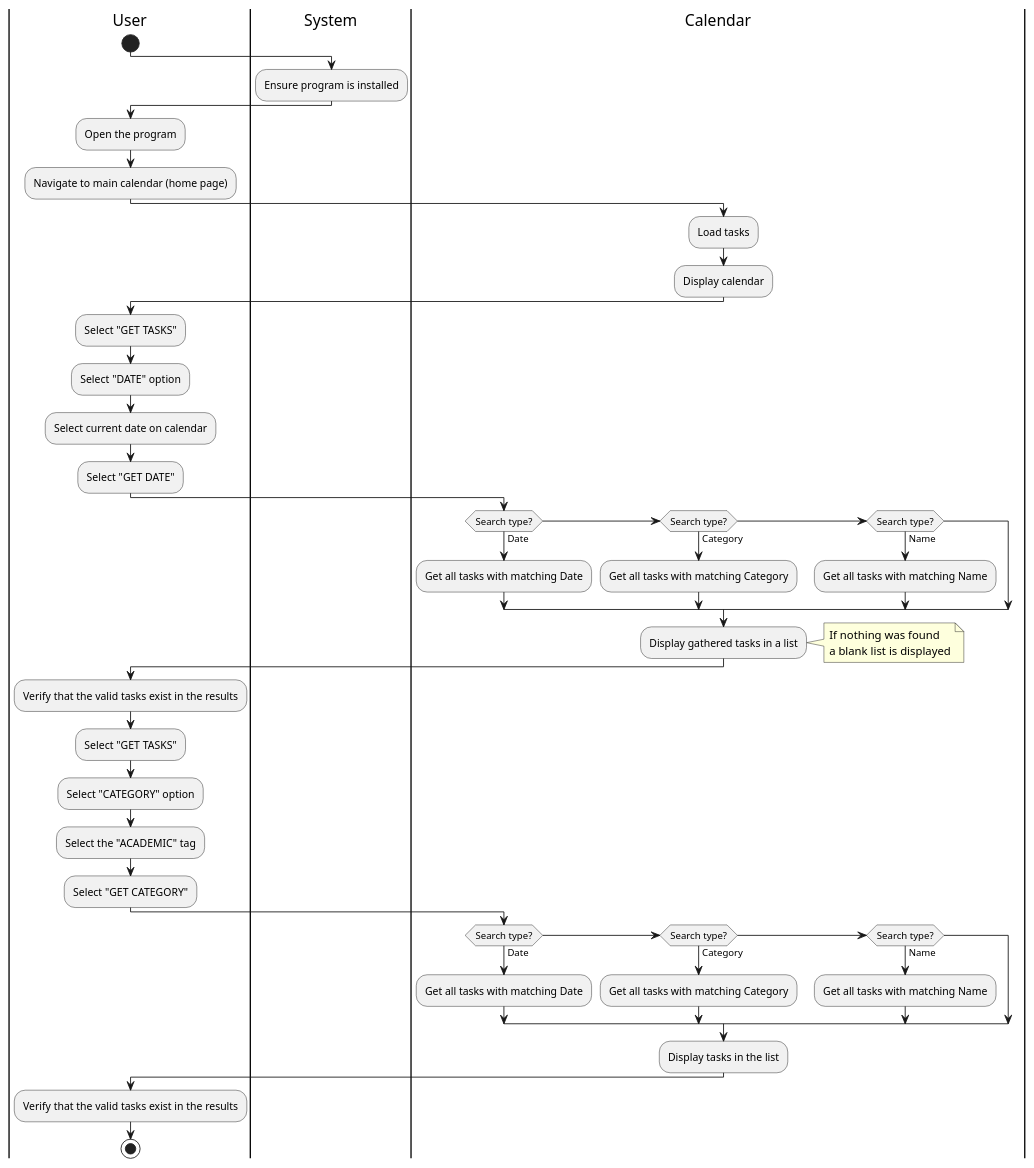
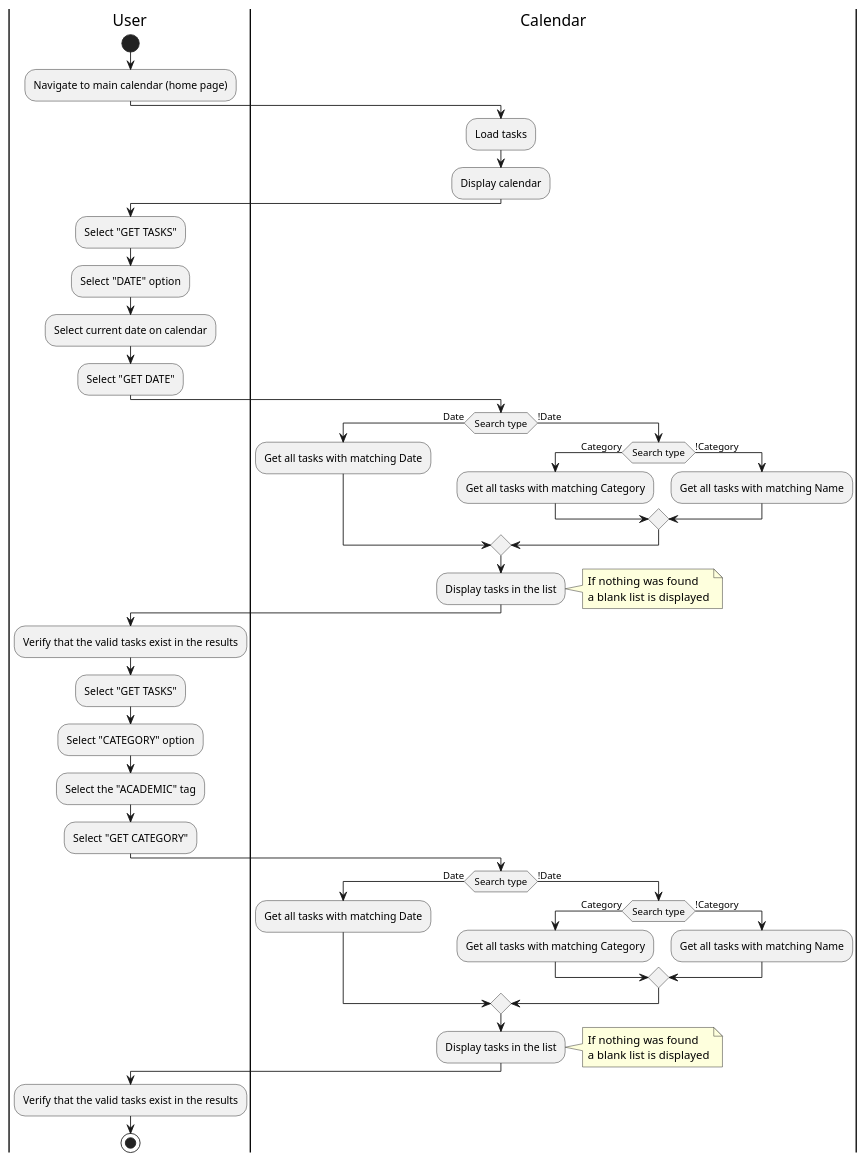
One commit to CS361-2024Fall-Term/Innovators changed the diagram in assignment7/search_task.puml. Above: the diagram before and after it, drawn with PlantUML.

```diff
--- a/assignment7/search_task.puml
+++ b/assignment7/search_task.puml
@@ -1,59 +1,62 @@
 @startuml
 |User|
 start
-
-|System|
-:Ensure program is installed;
-
-|User|
-:Open the program;
 :Navigate to main calendar (home page);
 
 |Calendar|
 :Load tasks;
 :Display calendar;
 
 |User|
 :Select "GET TASKS";
 :Select "DATE" option;
 :Select current date on calendar;
 :Select "GET DATE";
 
 |Calendar|
-if (Search type?) then (Date)
+if (Search type) then (Date)
   :Get all tasks with matching Date;
-elseif (Search type?) then (Category)
-  :Get all tasks with matching Category;
-elseif (Search type?) then (Name)
-  :Get all tasks with matching Name;
+else (!Date)
+  if (Search type) then (Category)
+    :Get all tasks with matching Category;
+  else (!Category)
+    :Get all tasks with matching Name;
+  endif
 endif
-:Display gathered tasks in a list;
+:Display tasks in the list;
 
 note right
 If nothing was found
 a blank list is displayed
 end note
 
 |User|
 :Verify that the valid tasks exist in the results;
 :Select "GET TASKS";
 :Select "CATEGORY" option;
 :Select the "ACADEMIC" tag;
 :Select "GET CATEGORY";
 
 |Calendar|
-if (Search type?) then (Date)
+if (Search type) then (Date)
   :Get all tasks with matching Date;
-elseif (Search type?) then (Category)
-  :Get all tasks with matching Category;
-elseif (Search type?) then (Name)
-  :Get all tasks with matching Name;
+else (!Date)
+  if (Search type) then (Category)
+    :Get all tasks with matching Category;
+  else (!Category)
+    :Get all tasks with matching Name;
+  endif
 endif
 :Display tasks in the list;
+
+note right
+If nothing was found
+a blank list is displayed
+end note
 
 |User|
 :Verify that the valid tasks exist in the results;
 
 stop
 
 @enduml
```
